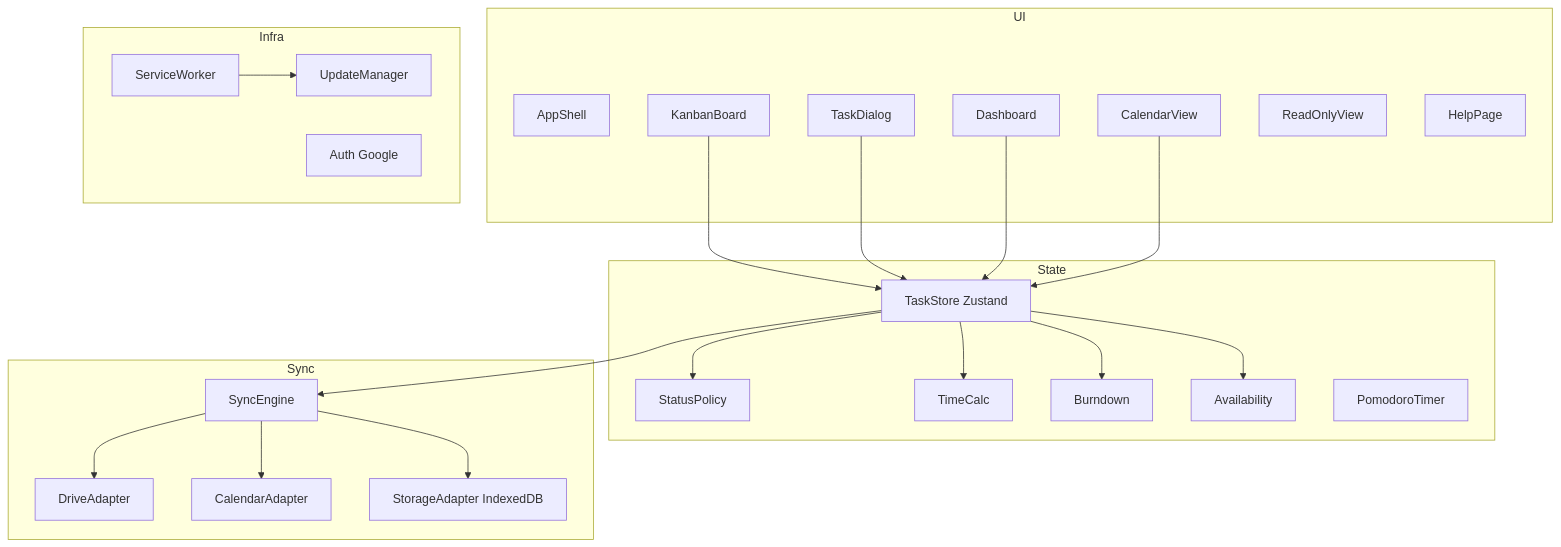
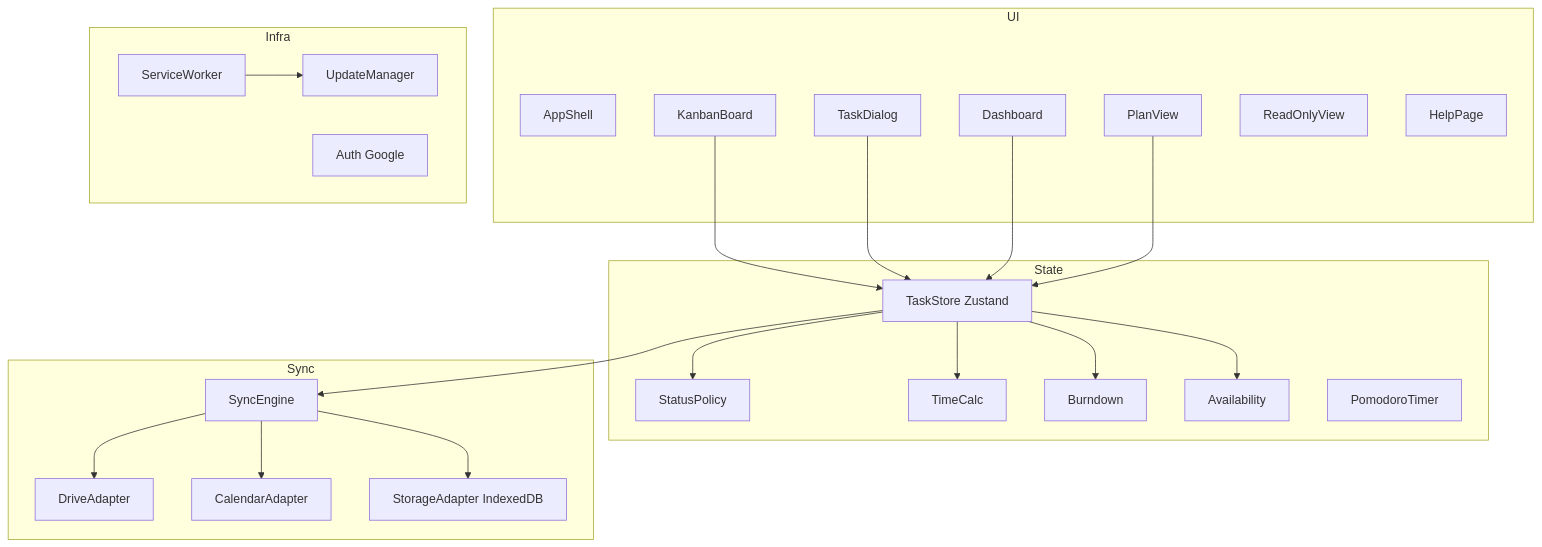
The first of 4 diagrams in .kiro/specs/learning-plan-kanban/design.md (taturou/study_kanban), drawn with Mermaid before and after one commit. The commit also changed other lines of this file and 2 other files, not shown here.

First line of the commit message:
docs(specs): PlanView とスプリント選択の仕様反映

````diff
--- a/.kiro/specs/learning-plan-kanban/design.md
+++ b/.kiro/specs/learning-plan-kanban/design.md
@@ -41,44 +41,44 @@
 ```mermaid
 graph TB
   subgraph UI
     AppShell[AppShell]
     KanbanBoard[KanbanBoard]
     TaskDialog[TaskDialog]
     Dashboard[Dashboard]
-    CalendarView[CalendarView]
+    PlanView[PlanView]
     ReadOnlyView[ReadOnlyView]
     HelpPage[HelpPage]
   end
   subgraph State
     TaskStore[TaskStore Zustand]
     StatusPolicy[StatusPolicy]
     TimeCalc[TimeCalc]
     Burndown[Burndown]
     Availability[Availability]
     Pomodoro[PomodoroTimer]
   end
   subgraph Sync
     SyncEngine[SyncEngine]
     DriveAdapter[DriveAdapter]
     CalendarAdapter[CalendarAdapter]
     StorageAdapter[StorageAdapter IndexedDB]
   end
   subgraph Infra
     ServiceWorker[ServiceWorker]
     UpdateManager[UpdateManager]
     Auth[Auth Google]
   end
   KanbanBoard --> TaskStore
   TaskDialog --> TaskStore
   Dashboard --> TaskStore
-	  CalendarView --> TaskStore
+	  PlanView --> TaskStore
 	  TaskStore --> StatusPolicy
 	  TaskStore --> TimeCalc
 	  TaskStore --> Burndown
 	  TaskStore --> Availability
 	  TaskStore --> SyncEngine
   SyncEngine --> StorageAdapter
   SyncEngine --> DriveAdapter
   SyncEngine --> CalendarAdapter
   ServiceWorker --> UpdateManager
 ```
````
